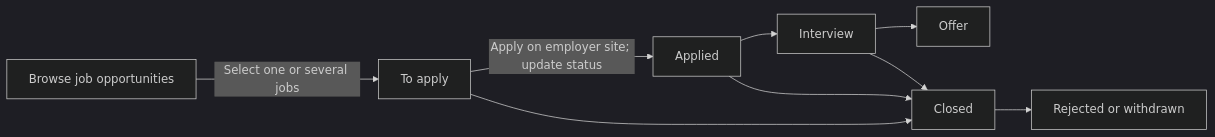
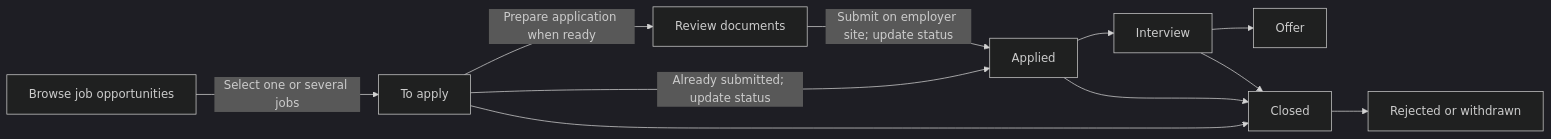
One commit to lmiguelvargasf/RoleLoop changed the second of 3 diagrams in app/ARCHITECTURE.md. Above: the diagram before and after it, drawn with Mermaid (dark theme). The commit also changed other lines of this file and 9 other files, not shown here.

Commit message:
Move application preparation to To apply board cards

````diff
--- a/app/ARCHITECTURE.md
+++ b/app/ARCHITECTURE.md
@@ -92,11 +92,13 @@
 ```mermaid
 flowchart LR
     J[Browse job opportunities] -->|Select one or several jobs| T[To apply]
-    T -->|Apply on employer site; update status| A[Applied]
+    T -->|Prepare application when ready| D[Review documents]
+    D -->|Submit on employer site; update status| A[Applied]
+    T -->|Already submitted; update status| A
     A --> I[Interview]
     I --> O[Offer]
     T --> C[Closed]
     A --> C
     I --> C
     C --> R[Rejected or withdrawn]
 ```
````
